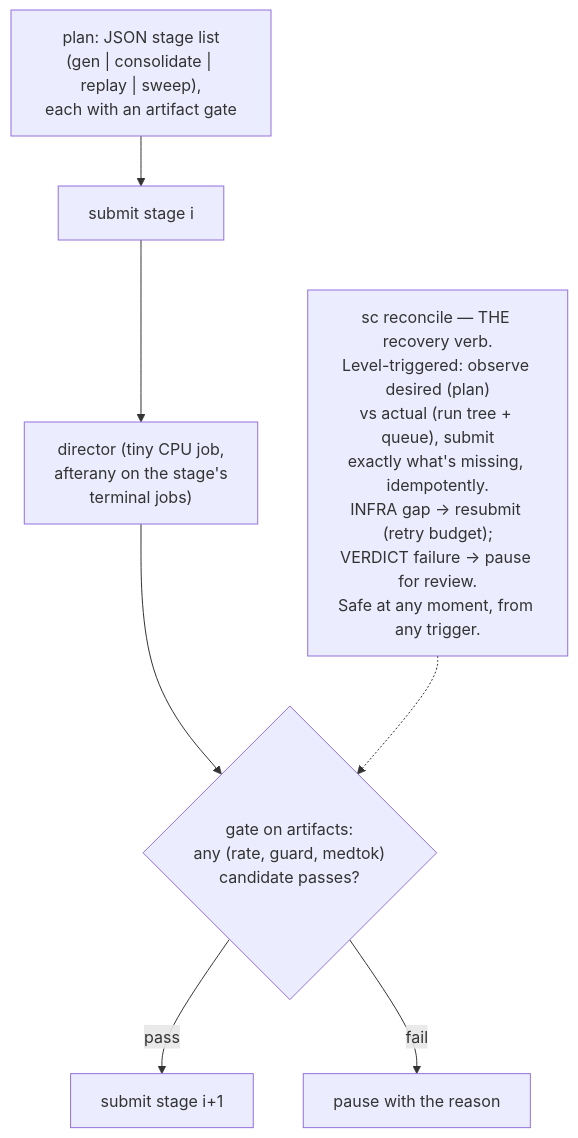
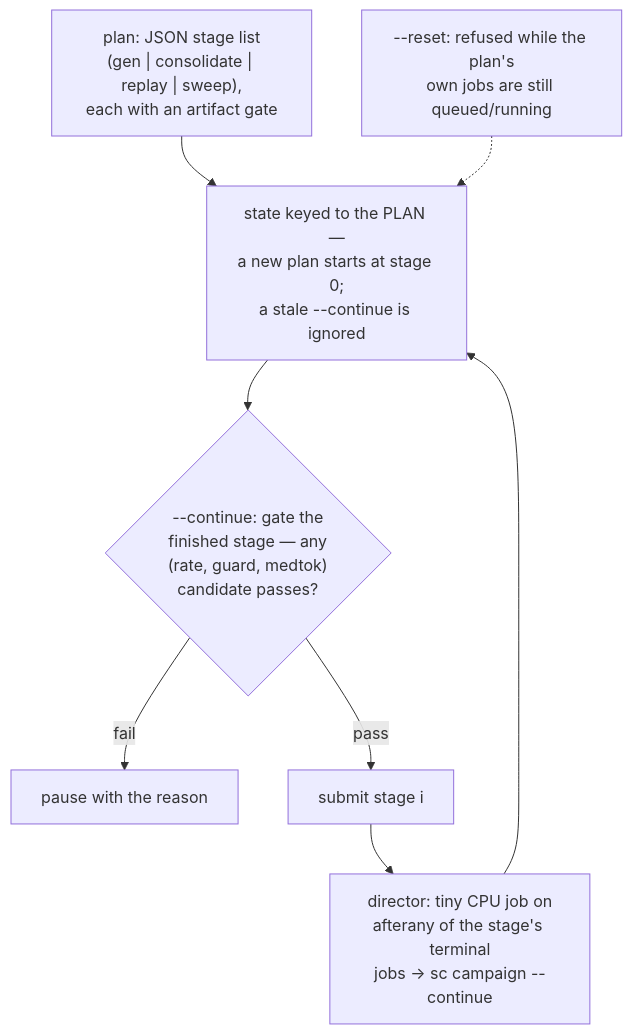
The sixth of 24 diagrams in docs/cli.md (storax-io/storax-ai-train-rocm), drawn with Mermaid before and after one commit. The commit also changed other lines of this file, not shown here.

Commit message:
cli.md: one flowchart per sc verb (all ~30: launch, judging, data, observing, recovery, storage doctrine), framed as what it is — a front end to Slurm where all causality lives in dependencies; still scrubbed to usage-level (closed source, open usage)

````diff
--- a/docs/cli.md
+++ b/docs/cli.md
@@ -75,9 +81,10 @@
 ```mermaid
 flowchart TB
-    PL["plan: JSON stage list<br/>(gen | consolidate | replay | sweep),<br/>each with an artifact gate"] --> ST["submit stage i"]
-    ST --> DIR["director (tiny CPU job,<br/>afterany on the stage's<br/>terminal jobs)"]
-    DIR --> GATE{"gate on artifacts:<br/>any (rate, guard, medtok)<br/>candidate passes?"}
-    GATE -- pass --> NEXT["submit stage i+1"]
-    GATE -- fail --> PAU["pause with the reason"]
-    REC["sc reconcile — THE recovery verb.<br/>Level-triggered: observe desired (plan)<br/>vs actual (run tree + queue), submit<br/>exactly what's missing, idempotently.<br/>INFRA gap -> resubmit (retry budget);<br/>VERDICT failure -> pause for review.<br/>Safe at any moment, from any trigger."] -.-> GATE
+    PL["plan: JSON stage list<br/>(gen | consolidate | replay | sweep),<br/>each with an artifact gate"] --> KEY["state keyed to the PLAN —<br/>a new plan starts at stage 0;<br/>a stale --continue is ignored"]
+    KEY --> G0{"--continue: gate the<br/>finished stage — any<br/>(rate, guard, medtok)<br/>candidate passes?"}
+    G0 -- fail --> PAU["pause with the reason"]
+    G0 -- pass --> ST["submit stage i"]
+    ST --> DIR["director: tiny CPU job on<br/>afterany of the stage's terminal<br/>jobs -> sc campaign --continue"]
+    DIR --> KEY
+    RST["--reset: refused while the plan's<br/>own jobs are still queued/running"] -.-> KEY
 ```
````
